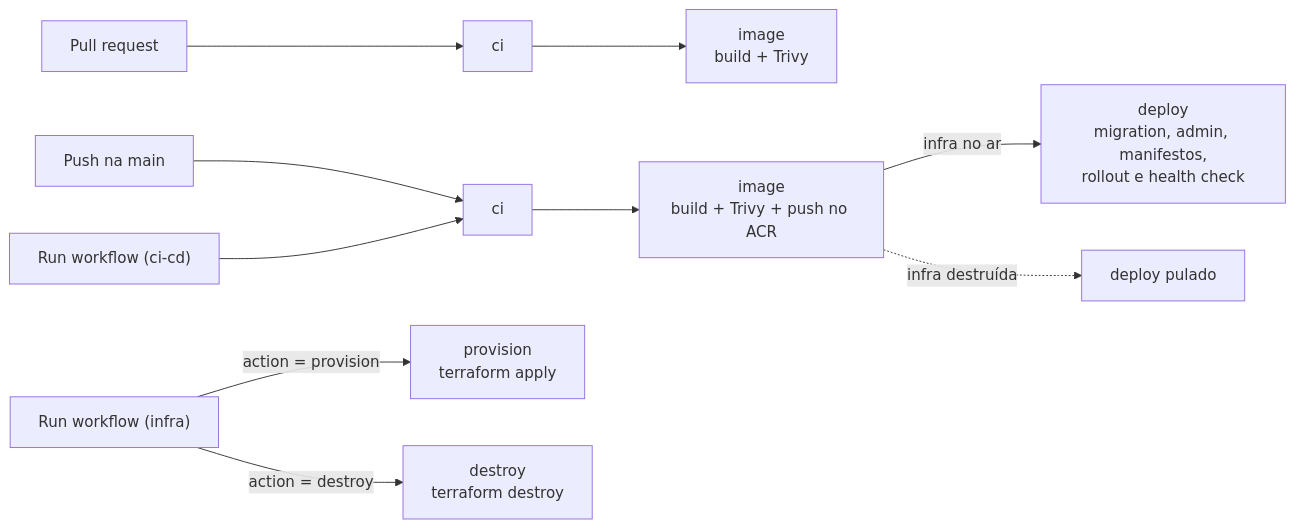
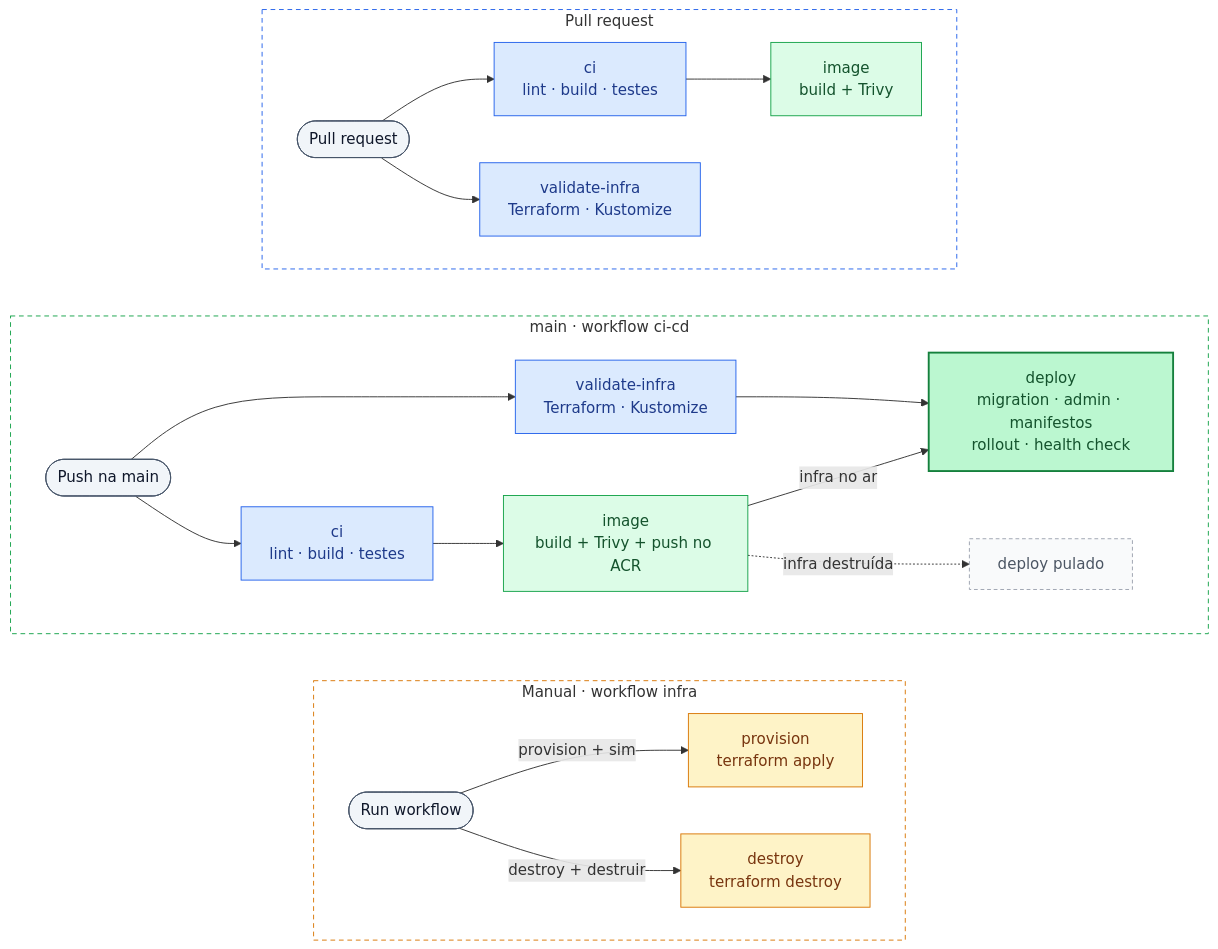
The third of 3 diagrams in README.md (garage-flow-api/garage-flow-api), drawn with Mermaid before and after one commit. The commit also changed other lines of this file, not shown here.

````diff
--- a/README.md
+++ b/README.md
@@ -562,13 +614,43 @@
 ```mermaid
 flowchart LR
-    PR["Pull request"] --> CI1["ci"] --> IMG1["image<br/>build + Trivy"]
+    subgraph sgManual["Manual · workflow infra"]
+        direction LR
+        RUNINFRA(["Run workflow"]) -- "provision + sim" --> PROV["provision<br/>terraform apply"]
+        RUNINFRA -- "destroy + destruir" --> DEST["destroy<br/>terraform destroy"]
+    end
 
-    PUSH["Push na main"] --> CI2["ci"] --> IMG2["image<br/>build + Trivy + push no ACR"]
-    IMG2 -->|"infra no ar"| DEP["deploy<br/>migration, admin, manifestos,<br/>rollout e health check"]
-    IMG2 -.->|"infra destruída"| SKIP["deploy pulado"]
+    subgraph sgMain["main · workflow ci-cd"]
+        direction LR
+        PUSH(["Push na main"]) --> CI2["ci<br/>lint · build · testes"]
+        PUSH --> VAL2["validate-infra<br/>Terraform · Kustomize"]
+        CI2 --> IMG2["image<br/>build + Trivy + push no ACR"]
+        IMG2 -- "infra no ar" --> DEP["deploy<br/>migration · admin · manifestos<br/>rollout · health check"]
+        VAL2 --> DEP
+        IMG2 -. "infra destruída" .-> SKIP["deploy pulado"]
+    end
 
-    RUNCD["Run workflow (ci-cd)"] --> CI2
+    subgraph sgPr["Pull request"]
+        direction LR
+        PR(["Pull request"]) --> CI1["ci<br/>lint · build · testes"]
+        PR --> VAL1["validate-infra<br/>Terraform · Kustomize"]
+        CI1 --> IMG1["image<br/>build + Trivy"]
+    end
 
-    RUNINFRA["Run workflow (infra)"] -->|"action = provision"| PROV["provision<br/>terraform apply"]
-    RUNINFRA -->|"action = destroy"| DEST["destroy<br/>terraform destroy"]
+    classDef trigger fill:#f1f5f9,stroke:#475569,color:#0f172a
+    classDef check fill:#dbeafe,stroke:#2563eb,color:#1e3a8a
+    classDef build fill:#dcfce7,stroke:#16a34a,color:#14532d
+    classDef deploy fill:#bbf7d0,stroke:#15803d,color:#14532d,stroke-width:2px
+    classDef infra fill:#fef3c7,stroke:#d97706,color:#78350f
+    classDef skip fill:#f9fafb,stroke:#9ca3af,color:#4b5563,stroke-dasharray:4 3
+
+    class PR,PUSH,RUNINFRA trigger
+    class CI1,CI2,VAL1,VAL2 check
+    class IMG1,IMG2 build
+    class DEP deploy
+    class PROV,DEST infra
+    class SKIP skip
+
+    style sgPr fill:none,stroke:#2563eb,stroke-dasharray:5 4
+    style sgMain fill:none,stroke:#16a34a,stroke-dasharray:5 4
+    style sgManual fill:none,stroke:#d97706,stroke-dasharray:5 4
 ```
````
